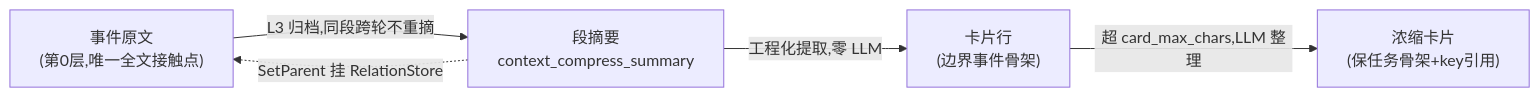
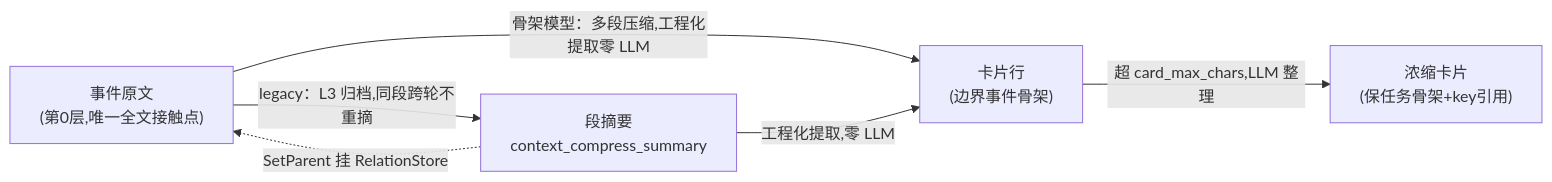
Before and after one commit to SpellingDragon/tagent: the sixth of 6 diagrams in docs/wiki/memory/memory-architecture.md, drawn with Mermaid. The commit also changed other lines of this file and 6 other files, not shown here.

````diff
--- a/docs/wiki/memory/memory-architecture.md
+++ b/docs/wiki/memory/memory-architecture.md
@@ -908,7 +908,8 @@
 ```mermaid
 graph LR
-    A["事件原文<br/>(第0层,唯一全文接触点)"] -->|L3 归档,同段跨轮不重摘| B["段摘要<br/>context_compress_summary"]
-    B -->|工程化提取,零 LLM| C["卡片行<br/>(边界事件骨架)"]
-    C -->|超 card_max_chars,LLM 整理| D["浓缩卡片<br/>(保任务骨架+key引用)"]
+    A["事件原文<br/>(第0层,唯一全文接触点)"] -->|"骨架模型：多段压缩,工程化提取零 LLM"| C["卡片行<br/>(边界事件骨架)"]
+    A -->|"legacy：L3 归档,同段跨轮不重摘"| B["段摘要<br/>context_compress_summary"]
+    B -->|工程化提取,零 LLM| C
+    C -->|"超 card_max_chars,LLM 整理"| D["浓缩卡片<br/>(保任务骨架+key引用)"]
     B -.SetParent 挂 RelationStore.-> A
 ```
````
